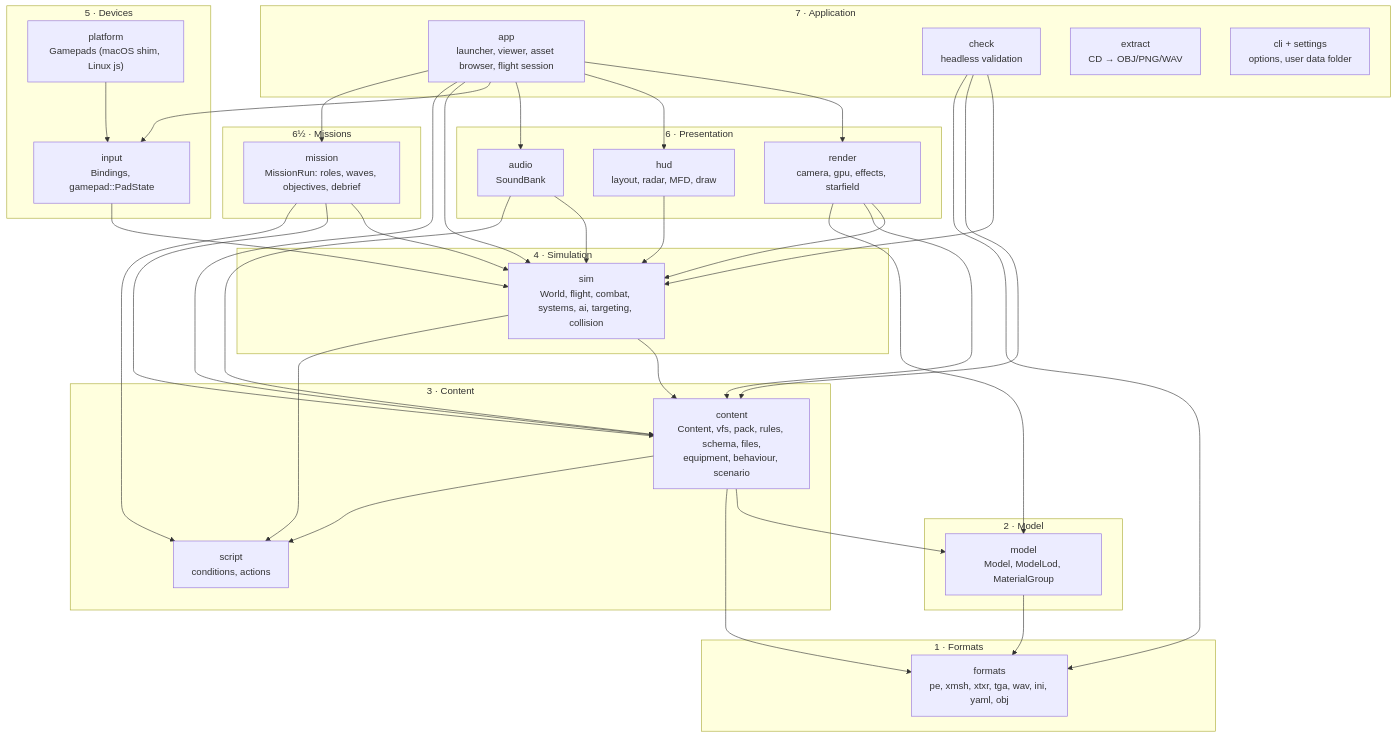
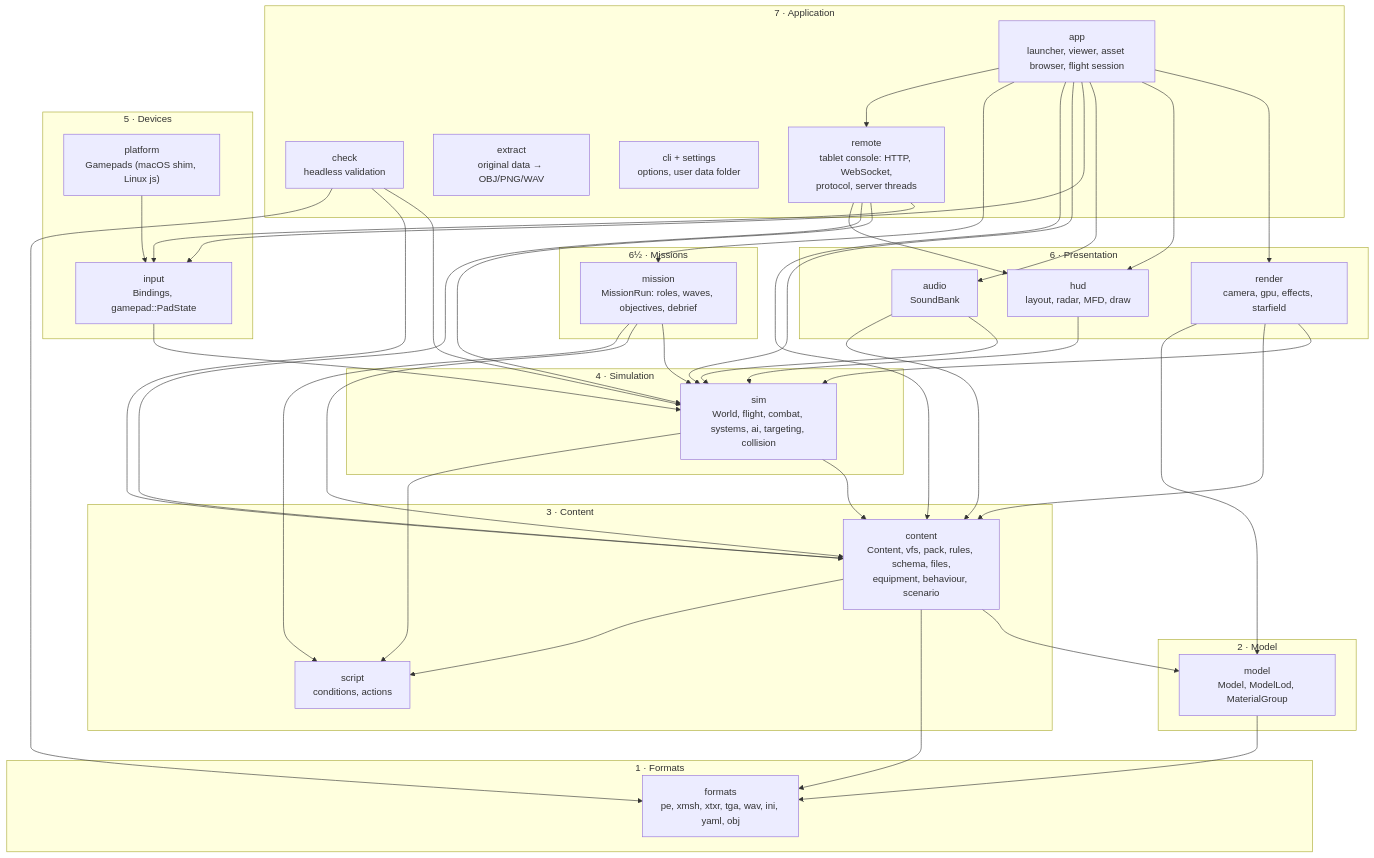
Before and after one commit to bbogovich/OpenInterceptor: the first of 4 diagrams in docs/implementation/architecture/index.md, drawn with Mermaid. The commit also changed other lines of this file and 49 other files, not shown here.

First line of the commit message:
Site 0.13.0: console C1 (app 0.4.0), shader fix (0.4.1), resources/ layout (0.4.2); spec 1.3.0

````diff
--- a/docs/implementation/architecture/index.md
+++ b/docs/implementation/architecture/index.md
@@ -20,45 +20,47 @@
 ```mermaid
 flowchart TB
     subgraph L7["7 · Application"]
         APP["app<br/>launcher, viewer, asset browser, flight session"]
         CK["check<br/>headless validation"]
-        EX["extract<br/>CD → OBJ/PNG/WAV"]
+        EX["extract<br/>original data → OBJ/PNG/WAV"]
         CLI["cli + settings<br/>options, user data folder"]
+        RM["remote<br/>tablet console: HTTP, WebSocket,<br/>protocol, server threads"]
     end
     subgraph LM["6½ · Missions"]
         MI["mission<br/>MissionRun: roles, waves, objectives, debrief"]
     end
     subgraph L6["6 · Presentation"]
         R["render<br/>camera, gpu, effects, starfield"]
         H["hud<br/>layout, radar, MFD, draw"]
         AU["audio<br/>SoundBank"]
     end
     subgraph L5["5 · Devices"]
         IN["input<br/>Bindings, gamepad::PadState"]
         PL["platform<br/>Gamepads (macOS shim, Linux js)"]
     end
     subgraph L4["4 · Simulation"]
         S["sim<br/>World, flight, combat, systems, ai, targeting, collision"]
     end
     subgraph L3["3 · Content"]
         C["content<br/>Content, vfs, pack, rules, schema, files,<br/>equipment, behaviour, scenario"]
         SC["script<br/>conditions, actions"]
     end
     subgraph L2["2 · Model"]
         M["model<br/>Model, ModelLod, MaterialGroup"]
     end
     subgraph L1["1 · Formats"]
         F["formats<br/>pe, xmsh, xtxr, tga, wav, ini, yaml, obj"]
     end
-    APP --> R & H & AU & IN & S & C & MI
+    APP --> R & H & AU & IN & S & C & MI & RM
+    RM --> IN & S & C & H
     MI --> S & C & SC
     CK --> S & C & F
     R --> S & C & M
     H --> S
     AU --> S & C
     IN --> S
     PL --> IN
     S --> C & SC
     C --> M & F & SC
     M --> F
 ```
````
